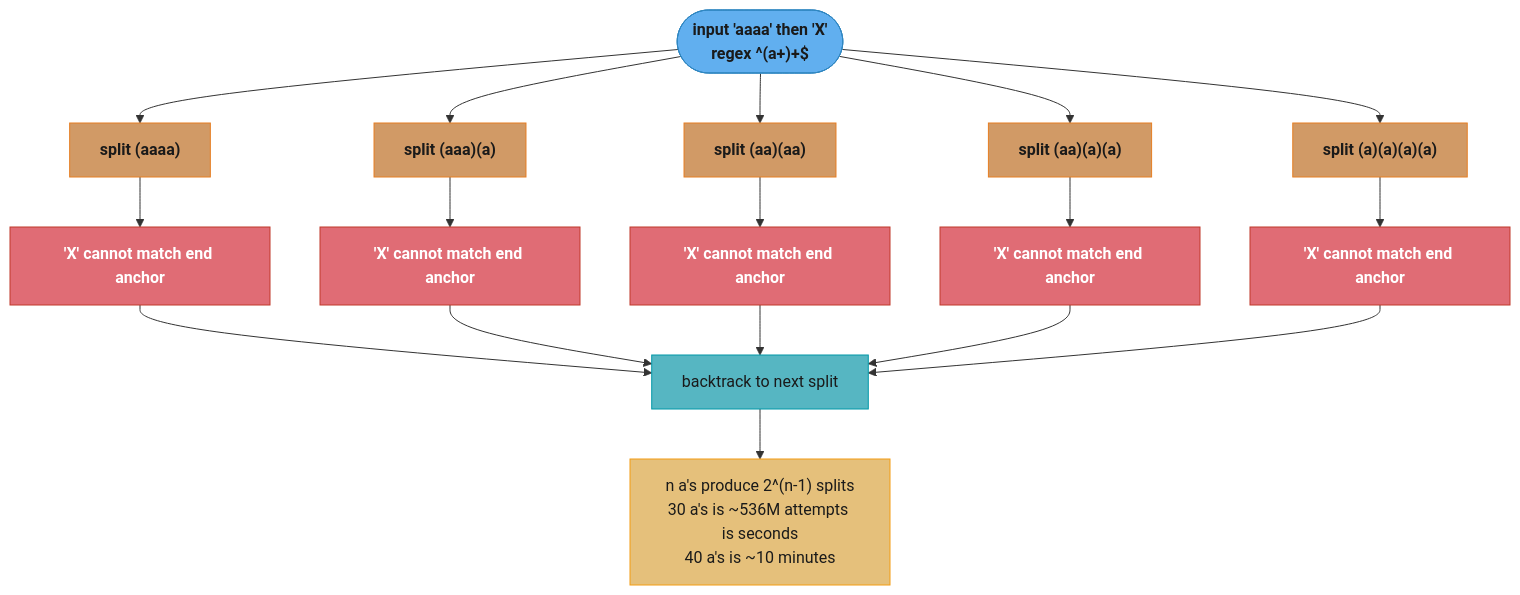
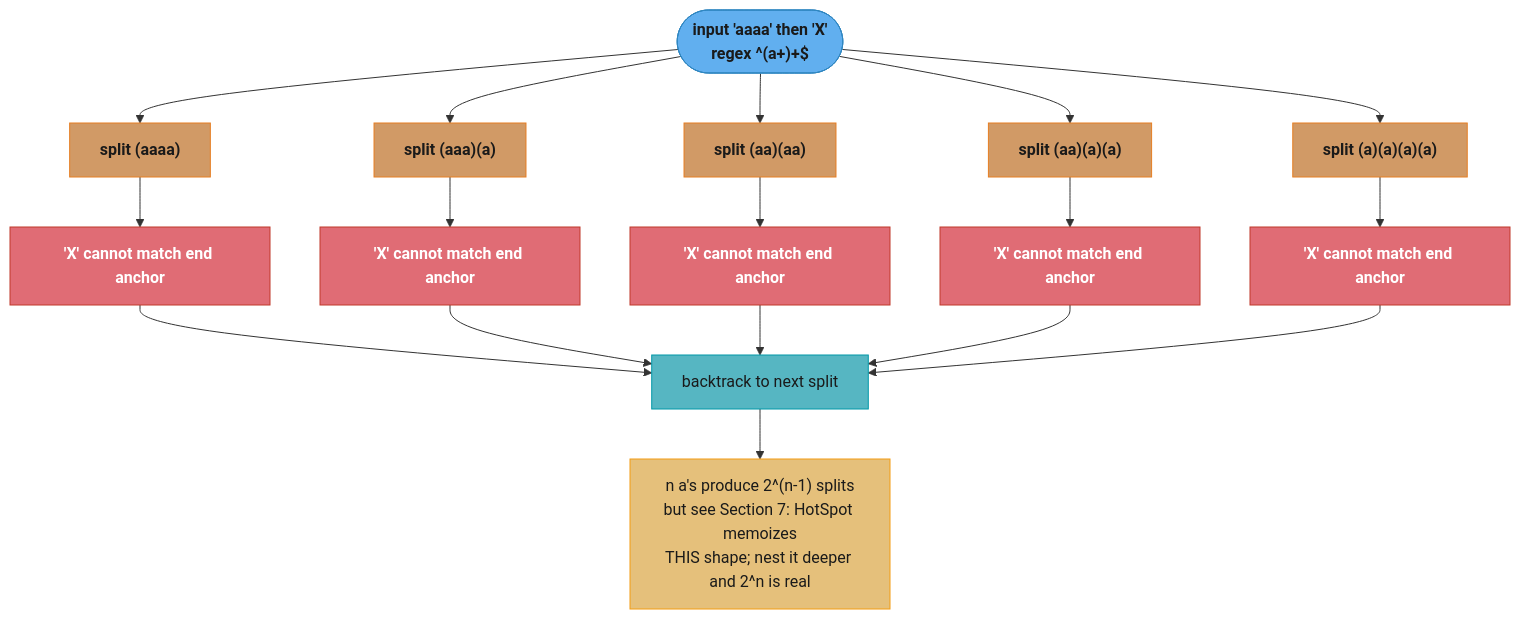
The second of 2 diagrams in src/main/java/com/rutik/systemdesign/java/strings_and_text/regex_engine_and_redos.md (rppol/system-design), drawn with Mermaid before and after one commit. The commit also changed other lines of this file and 5 other files, not shown here.

````diff
--- a/src/main/java/com/rutik/systemdesign/java/strings_and_text/regex_engine_and_redos.md
+++ b/src/main/java/com/rutik/systemdesign/java/strings_and_text/regex_engine_and_redos.md
@@ -159,33 +164,33 @@
 ```mermaid
 flowchart TD
     classDef io      fill:#61afef,stroke:#2e86c1,color:#1a1a1a,font-weight:bold
     classDef frozen  fill:#c678dd,stroke:#9b59b6,color:#fff
     classDef train   fill:#98c379,stroke:#27ae60,color:#1a1a1a
     classDef mathOp  fill:#d19a66,stroke:#e67e22,color:#1a1a1a,font-weight:bold
     classDef lossN   fill:#e06c75,stroke:#c0392b,color:#fff,font-weight:bold
     classDef req     fill:#56b6c2,stroke:#0097a7,color:#1a1a1a
     classDef base    fill:#e5c07b,stroke:#f39c12,color:#1a1a1a
 
     S(["input 'aaaa' then 'X'\nregex ^(a+)+$"]) --> W1["split (aaaa)"]
     S --> W2["split (aaa)(a)"]
     S --> W3["split (aa)(aa)"]
     S --> W4["split (aa)(a)(a)"]
     S --> W5["split (a)(a)(a)(a)"]
     W1 --> X1["'X' cannot match end anchor"]
     W2 --> X2["'X' cannot match end anchor"]
     W3 --> X3["'X' cannot match end anchor"]
     W4 --> X4["'X' cannot match end anchor"]
     W5 --> X5["'X' cannot match end anchor"]
     X1 --> B["backtrack to next split"]
     X2 --> B
     X3 --> B
     X4 --> B
     X5 --> B
-    B --> R["n a's produce 2^(n-1) splits\n30 a's is ~536M attempts is seconds\n40 a's is ~10 minutes"]
+    B --> R["n a's produce 2^(n-1) splits\nbut see Section 7: HotSpot memoizes\nTHIS shape; nest it deeper and 2^n is real"]
 
     class S io
     class W1,W2,W3,W4,W5 mathOp
     class X1,X2,X3,X4,X5 lossN
     class B req
     class R base
 ```
````
